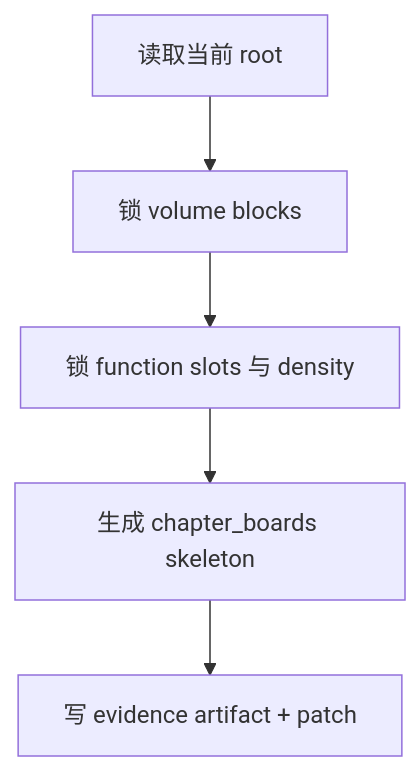
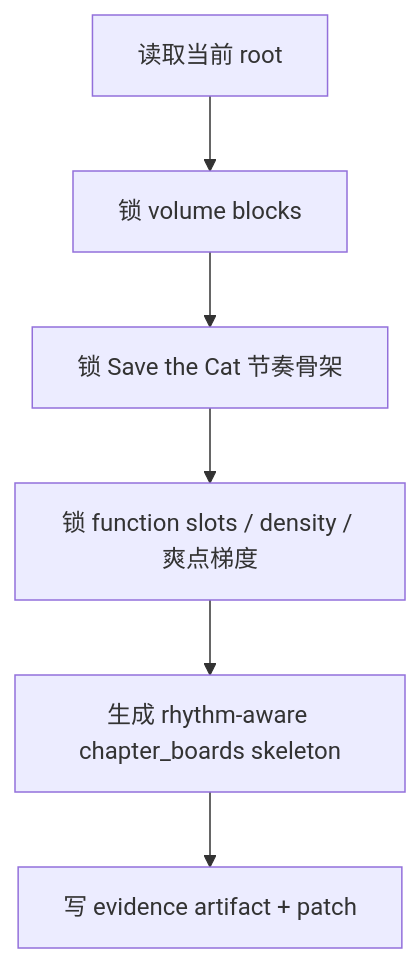
One commit to ZEN-VOID/AI-CUT changed the diagram in .agents/skills/story/2-Planning/2-章节规划/SKILL.md. Above: the diagram before and after it, drawn with Mermaid. The commit also changed other lines of this file and 332 other files, not shown here.

````diff
--- a/.agents/skills/story/2-Planning/2-章节规划/SKILL.md
+++ b/.agents/skills/story/2-Planning/2-章节规划/SKILL.md
@@ -77,7 +98,8 @@
 ```mermaid
 flowchart TD
     A["读取当前 root"] --> B["锁 volume blocks"]
-    B --> C["锁 function slots 与 density"]
-    C --> D["生成 chapter_boards skeleton"]
-    D --> E["写 evidence artifact + patch"]
+    B --> C["锁 Save the Cat 节奏骨架"]
+    C --> D["锁 function slots / density / 爽点梯度"]
+    D --> E["生成 rhythm-aware chapter_boards skeleton"]
+    E --> F["写 evidence artifact + patch"]
 ```
````
